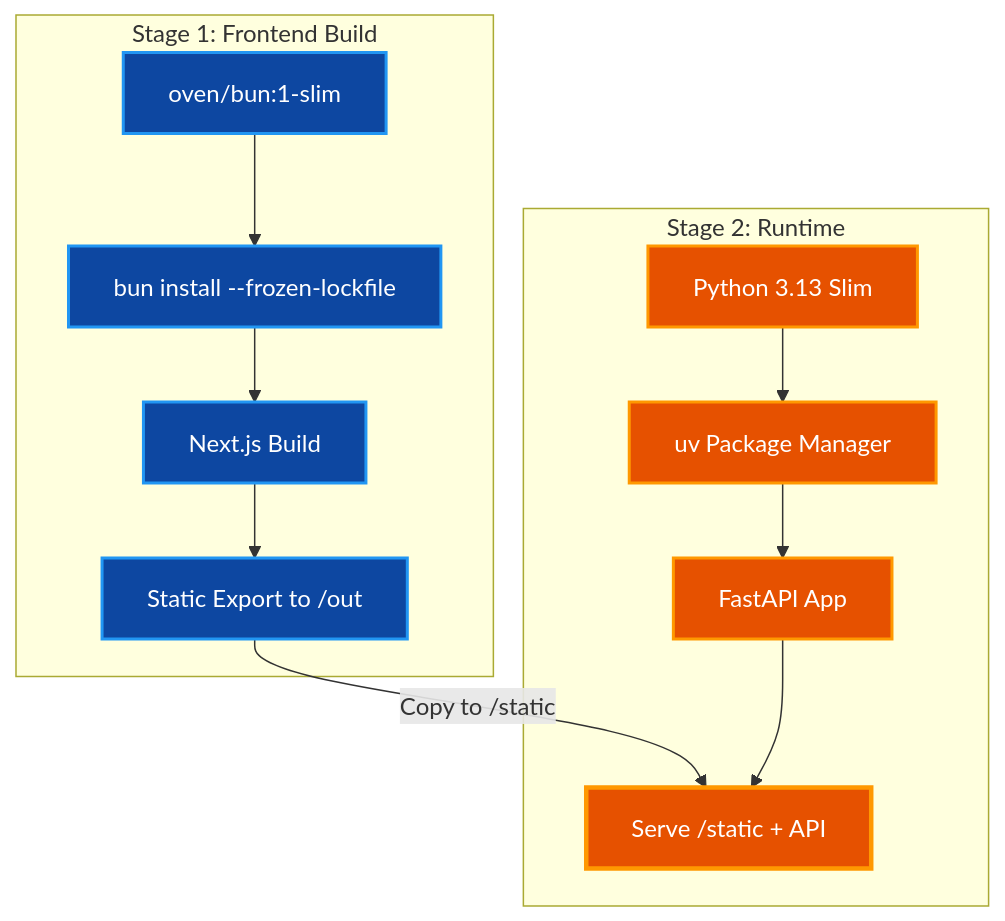
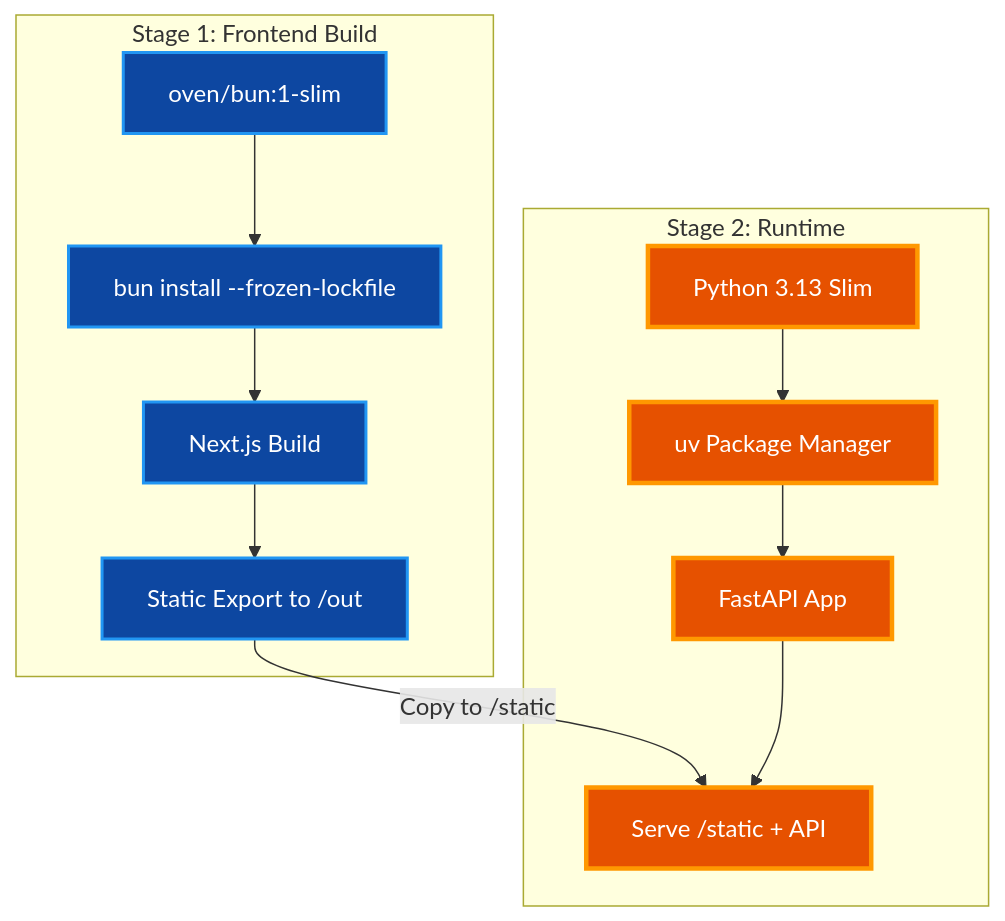
Before and after one commit to paulrobello/claude-office: the third of 3 diagrams in docs/guides/deployment.md, drawn with Mermaid. The commit also changed other lines of this file and 22 other files, not shown here.

````diff
--- a/docs/guides/deployment.md
+++ b/docs/guides/deployment.md
@@ -149,29 +167,27 @@
 ```mermaid
 graph TD
     subgraph "Stage 1: Frontend Build"
         Bun[oven/bun:1-slim]
         Install[bun install --frozen-lockfile]
         Build[Next.js Build]
         Static[Static Export to /out]
     end
 
     subgraph "Stage 2: Runtime"
         Python[Python 3.13 Slim]
         UV[uv Package Manager]
         FastAPI[FastAPI App]
         Serve[Serve /static + API]
     end
 
     Bun --> Install --> Build --> Static
     Static -->|Copy to /static| Serve
     Python --> UV --> FastAPI --> Serve
 
-    style Bun fill:#0d47a1,stroke:#2196f3,stroke-width:2px,color:#ffffff
-    style Install fill:#0d47a1,stroke:#2196f3,stroke-width:2px,color:#ffffff
-    style Build fill:#0d47a1,stroke:#2196f3,stroke-width:2px,color:#ffffff
-    style Static fill:#0d47a1,stroke:#2196f3,stroke-width:2px,color:#ffffff
-    style Python fill:#e65100,stroke:#ff9800,stroke-width:2px,color:#ffffff
-    style UV fill:#e65100,stroke:#ff9800,stroke-width:2px,color:#ffffff
-    style FastAPI fill:#e65100,stroke:#ff9800,stroke-width:2px,color:#ffffff
-    style Serve fill:#e65100,stroke:#ff9800,stroke-width:3px,color:#ffffff
+    class Bun,Install,Build,Static data
+    class Python,UV,FastAPI primary
+    class Serve primary
+
+    classDef primary fill:#e65100,stroke:#ff9800,stroke-width:3px,color:#ffffff
+    classDef data fill:#0d47a1,stroke:#2196f3,stroke-width:2px,color:#ffffff
 ```
````
